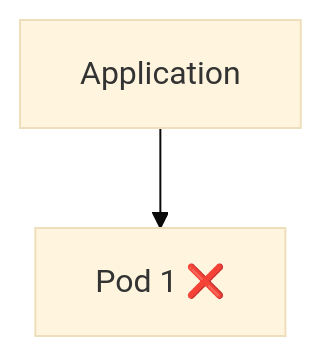
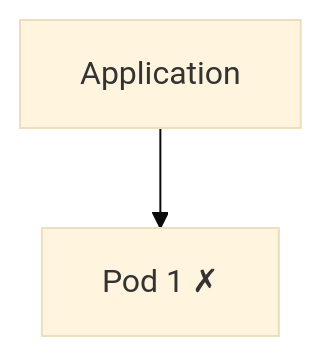
One commit to mustafammasoud/ops-handbook changed the third of 43 diagrams in content/container-orchestration/kubernetes/replicaset-fundamentals.md. Above: the diagram before and after it, drawn with Mermaid (base theme). The commit also changed other lines of this file and 2 other files, not shown here.

````diff
--- a/content/container-orchestration/kubernetes/replicaset-fundamentals.md
+++ b/content/container-orchestration/kubernetes/replicaset-fundamentals.md
@@ -65,4 +65,4 @@
 ```mermaid
 flowchart TB
-    A["Application"] --> B["Pod 1 ❌"]
+    A["Application"] --> B["Pod 1 ✗"]
 ```
````
